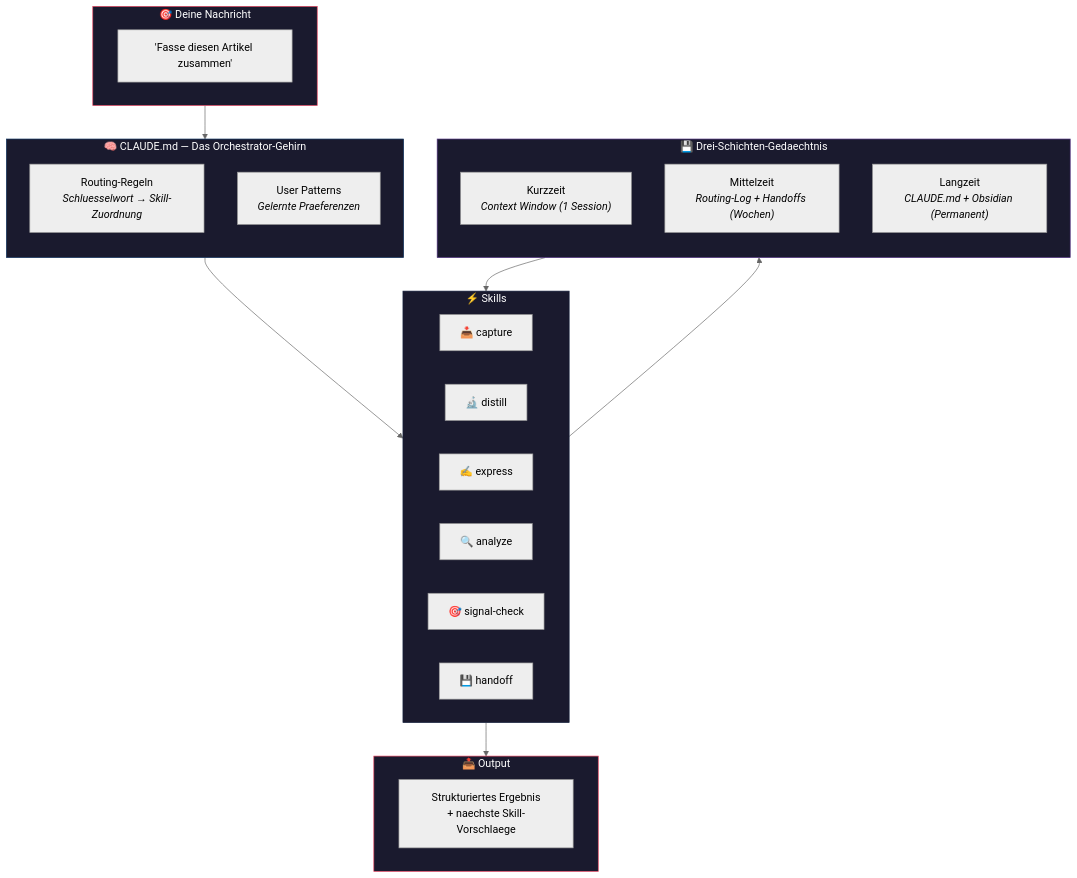
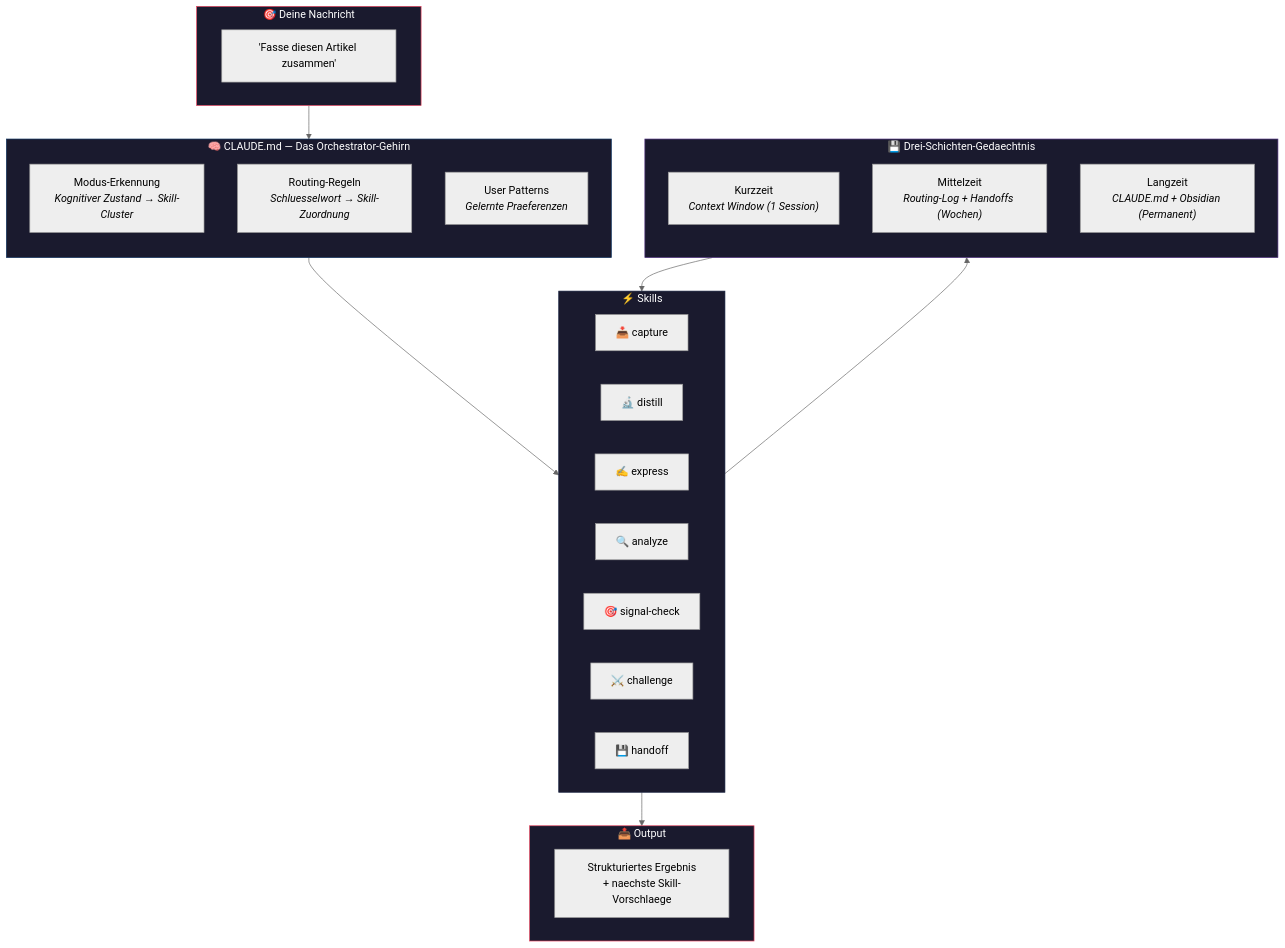
One commit to janrummel/claude-orchestrator-starter changed the first of 4 diagrams in README.de.md. Above: the diagram before and after it, drawn with Mermaid (neutral theme). The commit also changed other lines of this file and 4 other files, not shown here.

First line of the commit message:
Add challenge skill, mode detection, and Claude-inspired design

````diff
--- a/README.de.md
+++ b/README.de.md
@@ -53,46 +59,48 @@
 ```mermaid
 flowchart TB
     subgraph INPUT ["🎯 Deine Nachricht"]
         direction LR
         msg["'Fasse diesen Artikel zusammen'"]
     end
 
     subgraph BRAIN ["🧠 CLAUDE.md — Das Orchestrator-Gehirn"]
         direction TB
+        mode["Modus-Erkennung<br/><i>Kognitiver Zustand → Skill-Cluster</i>"]
         route["Routing-Regeln<br/><i>Schluesselwort → Skill-Zuordnung</i>"]
         patterns["User Patterns<br/><i>Gelernte Praeferenzen</i>"]
     end
 
     subgraph SKILLS ["⚡ Skills"]
         direction LR
         capture["📥 capture"]
         distill["🔬 distill"]
         express["✍️ express"]
         analyze["🔍 analyze"]
         signal["🎯 signal-check"]
+        challenge["⚔️ challenge"]
         handoff["💾 handoff"]
     end
 
     subgraph MEMORY ["💾 Drei-Schichten-Gedaechtnis"]
         direction TB
         short["Kurzzeit<br/><i>Context Window (1 Session)</i>"]
         mid["Mittelzeit<br/><i>Routing-Log + Handoffs (Wochen)</i>"]
         long["Langzeit<br/><i>CLAUDE.md + Obsidian (Permanent)</i>"]
     end
 
     subgraph OUTPUT ["📤 Output"]
         result["Strukturiertes Ergebnis<br/>+ naechste Skill-Vorschlaege"]
     end
 
     INPUT --> BRAIN
     BRAIN --> SKILLS
     SKILLS --> MEMORY
     MEMORY --> SKILLS
     SKILLS --> OUTPUT
 
     style INPUT fill:#1a1a2e,stroke:#e94560,color:#fff
     style BRAIN fill:#1a1a2e,stroke:#0f3460,color:#fff
     style SKILLS fill:#1a1a2e,stroke:#16213e,color:#fff
     style MEMORY fill:#1a1a2e,stroke:#533483,color:#fff
     style OUTPUT fill:#1a1a2e,stroke:#e94560,color:#fff
 ```
````
